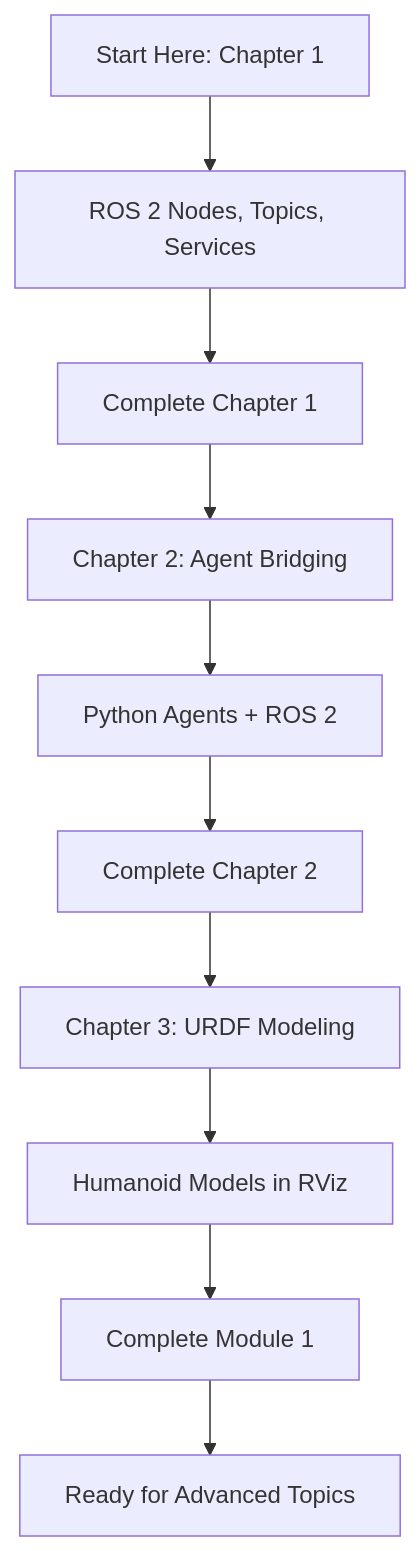
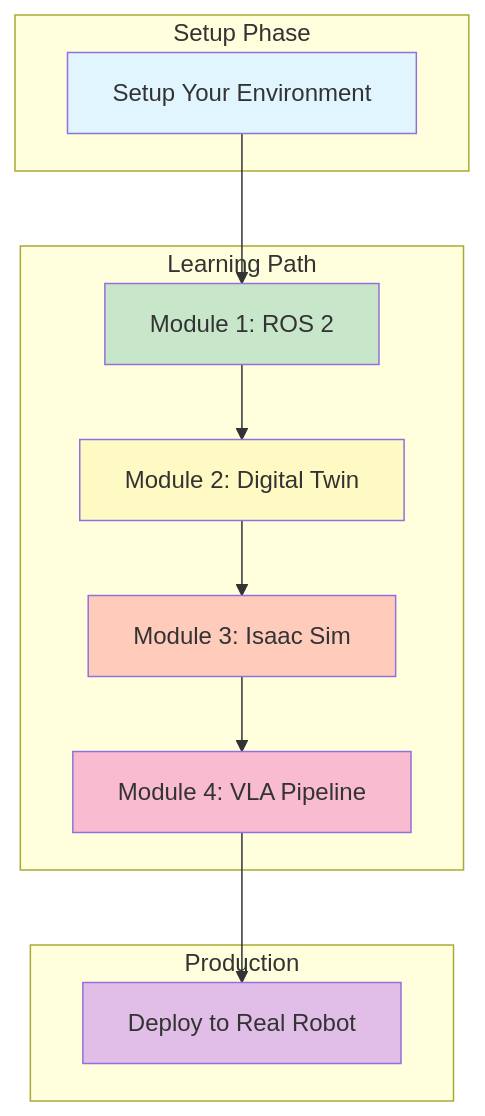
The diagram in my-website/docs/intro.md (shabi9999/Physical-AI-Humanoid-Robotics-Textbook), drawn with Mermaid before and after one commit. The commit also changed other lines of this file and 51 other files, not shown here.

````diff
--- a/my-website/docs/intro.md
+++ b/my-website/docs/intro.md
@@ -85,12 +113,30 @@
 ```mermaid
 graph TD
-    A["Start Here: Chapter 1"] --> B["ROS 2 Nodes, Topics, Services"]
-    B --> C["Complete Chapter 1"]
-    C --> D["Chapter 2: Agent Bridging"]
-    D --> E["Python Agents + ROS 2"]
-    E --> F["Complete Chapter 2"]
-    F --> G["Chapter 3: URDF Modeling"]
-    G --> H["Humanoid Models in RViz"]
-    H --> I["Complete Module 1"]
-    I --> J["Ready for Advanced Topics"]
+    A["Setup Your Environment"] --> B["Module 1: ROS 2"]
+    B --> C["Module 2: Digital Twin"]
+    C --> D["Module 3: Isaac Sim"]
+    D --> E["Module 4: VLA Pipeline"]
+    E --> F["Deploy to Real Robot"]
+
+    subgraph Setup["Setup Phase"]
+        A
+    end
+
+    subgraph Learning["Learning Path"]
+        B
+        C
+        D
+        E
+    end
+
+    subgraph Deployment["Production"]
+        F
+    end
+
+    style A fill:#e1f5ff
+    style B fill:#c8e6c9
+    style C fill:#fff9c4
+    style D fill:#ffccbc
+    style E fill:#f8bbd0
+    style F fill:#e1bee7
 ```
````
